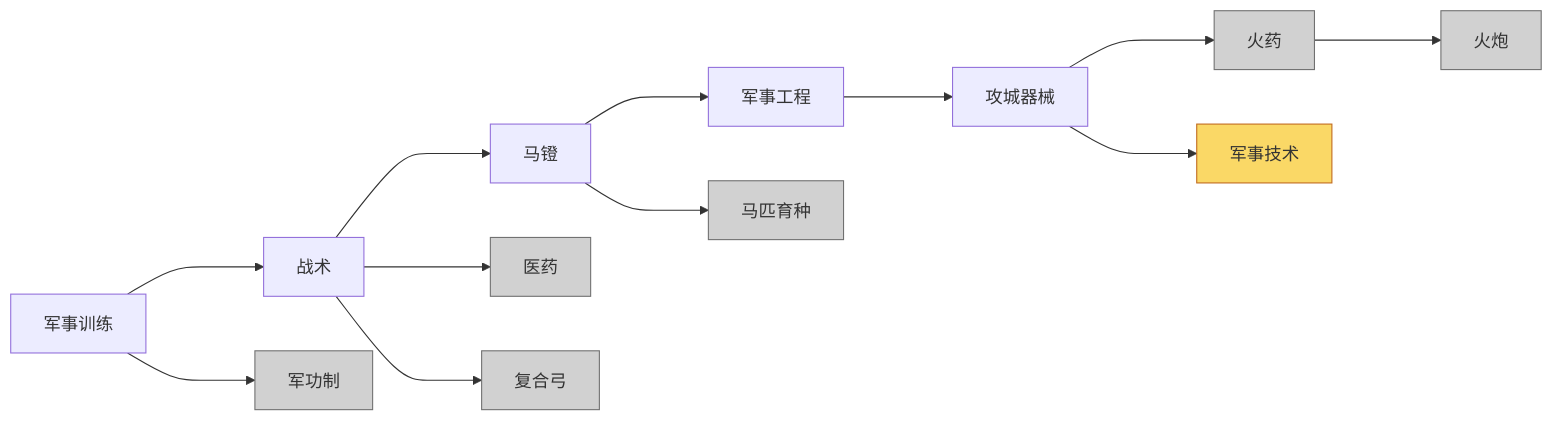
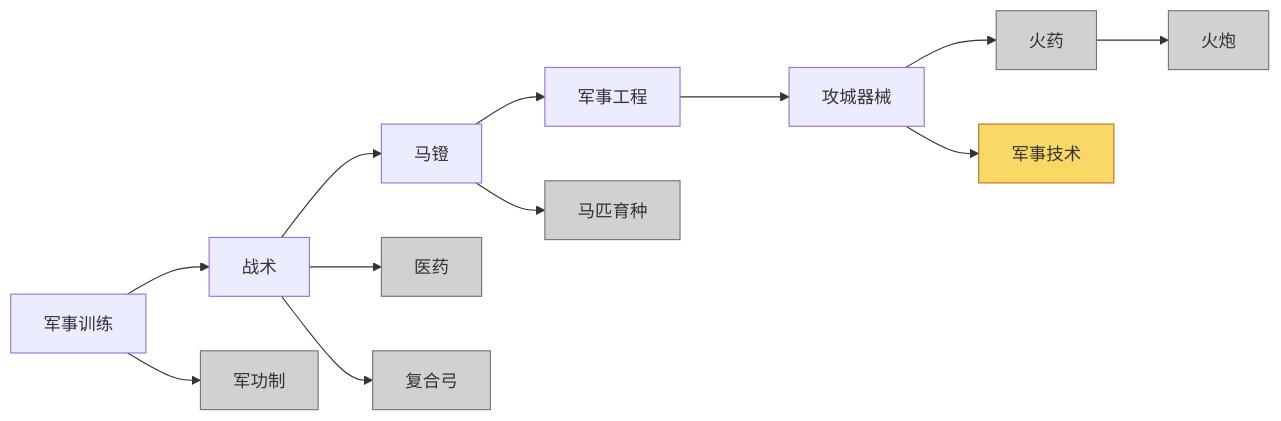
The eighth of 12 diagrams in 设计文档/建筑1.md (HkingAuditore/ToyEmpiresDocuments), drawn with Mermaid before and after one commit. The commit also changed other lines of this file and 1 other file, not shown here.

````diff
--- a/设计文档/建筑1.md
+++ b/设计文档/建筑1.md
@@ -474,15 +514,15 @@
     ``` mermaid
     flowchart LR
-        jsxl[军事训练] ---> zs[战术];
-        jsxl ---> jgz[军功制]:::notmain;
-        zs ---> md[马镫];
-        zs ---> yy[医药]:::notmain;
-        zs ---> fhg[复合弓]:::notmain;
-        md ---> jsgc[军事工程] ---> gcqx[攻城器械];
-        md ---> mpyz[马匹育种]:::notmain;
-        gcqx ---> hy[火药]:::notmain ---> hp[火炮]:::notmain;
-        gcqx ---> jsjs[军事技术]:::target;
+        jsxl[军事训练] --> zs[战术];
+        jsxl --> jgz[军功制]:::notmain;
+        zs --> md[马镫];
+        zs --> yy[医药]:::notmain;
+        zs --> fhg[复合弓]:::notmain;
+        md --> jsgc[军事工程] ---> gcqx[攻城器械];
+        md --> mpyz[马匹育种]:::notmain;
+        gcqx --> hy[火药]:::notmain --> hp[火炮]:::notmain;
+        gcqx --> jsjs[军事技术]:::target;
 
     classDef notmain fill:#d1d1d1, stroke:#707070;
     classDef target fill:#fad866, stroke:#c16b1f;
     ```
````
